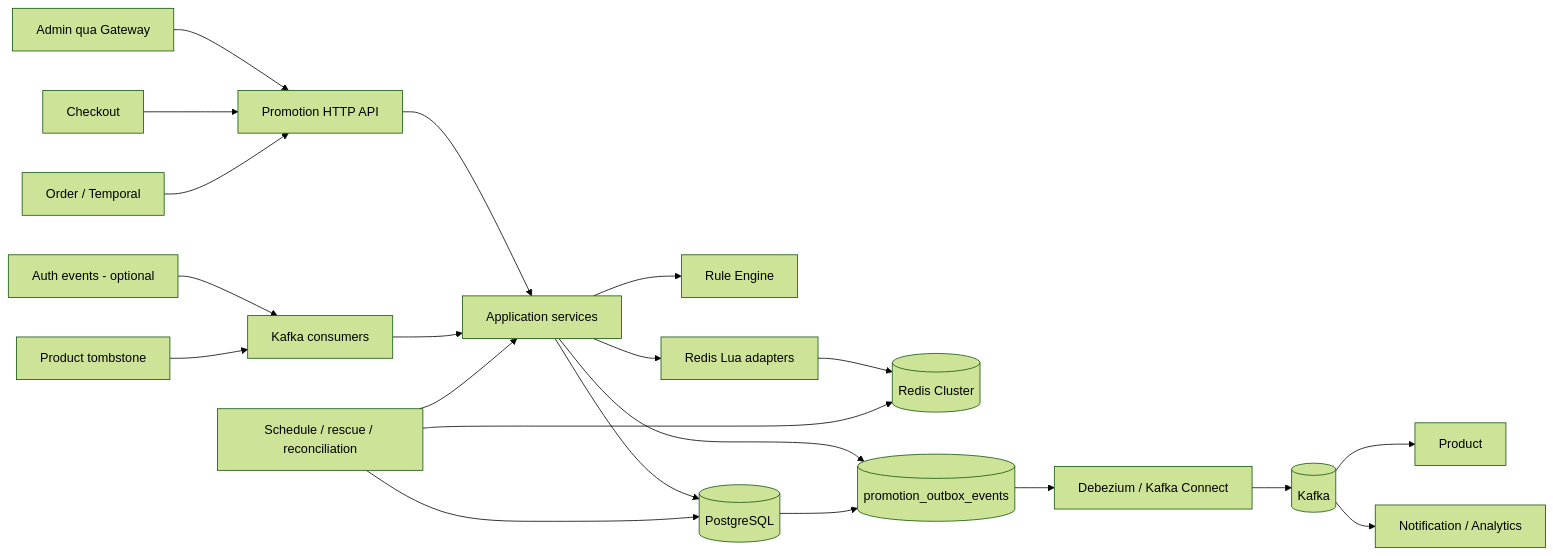
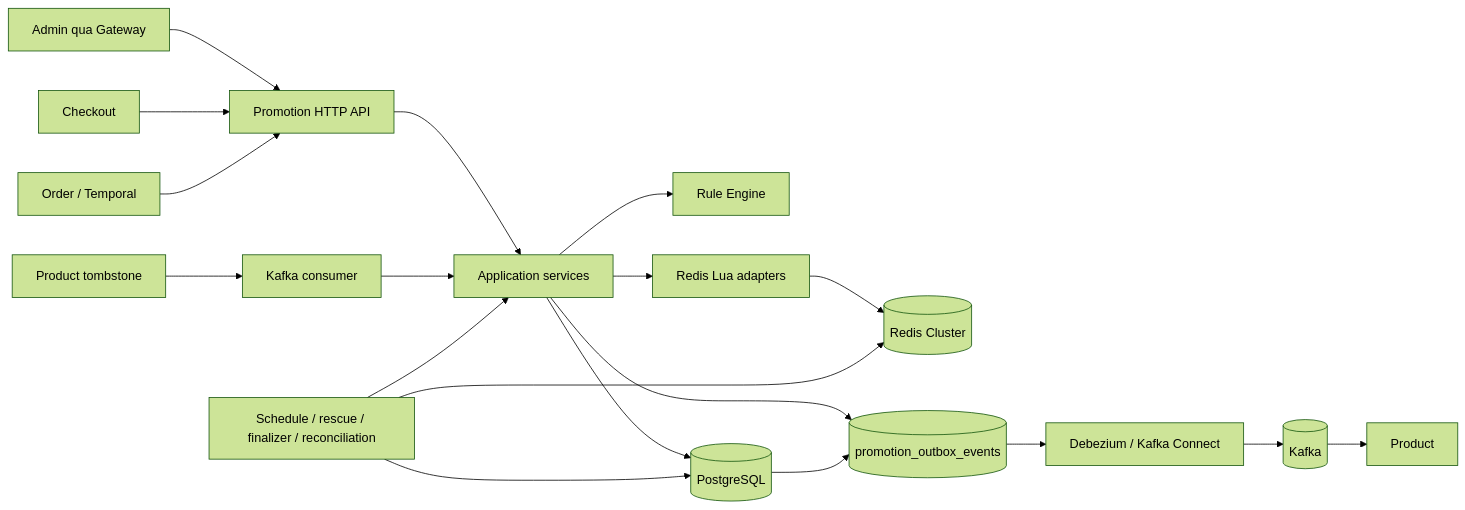
One commit to quangdung2110/e-commerce-microservices changed the diagram in docs/promotion/architecture.md. Above: the diagram before and after it, drawn with Mermaid (forest theme). The commit also changed other lines of this file and 29 other files, not shown here.

````diff
--- a/docs/promotion/architecture.md
+++ b/docs/promotion/architecture.md
@@ -27,23 +27,21 @@
 ```mermaid
 flowchart LR
   ADMIN[Admin qua Gateway] --> API[Promotion HTTP API]
   CHECKOUT[Checkout] --> API
   ORDER[Order / Temporal] --> API
-  AUTH[Auth events - optional] --> CONSUMER[Kafka consumers]
-  PRODUCT_TOMBSTONE[Product tombstone] --> CONSUMER
+  PRODUCT_TOMBSTONE[Product tombstone] --> CONSUMER[Kafka consumer]
   API --> APP[Application services]
   CONSUMER --> APP
   APP --> RULE[Rule Engine]
   APP --> PG[(PostgreSQL)]
   APP --> LUA[Redis Lua adapters]
   LUA --> REDIS[(Redis Cluster)]
   APP --> OUTBOX[(promotion_outbox_events)]
   PG --> OUTBOX
   OUTBOX --> CDC[Debezium / Kafka Connect]
   CDC --> KAFKA[(Kafka)]
   KAFKA --> PRODUCT[Product]
-  KAFKA --> OTHER[Notification / Analytics]
-  JOBS[Schedule / rescue / reconciliation] --> APP
+  JOBS[Schedule / rescue / finalizer / reconciliation] --> APP
   JOBS --> PG
   JOBS --> REDIS
 ```
````
